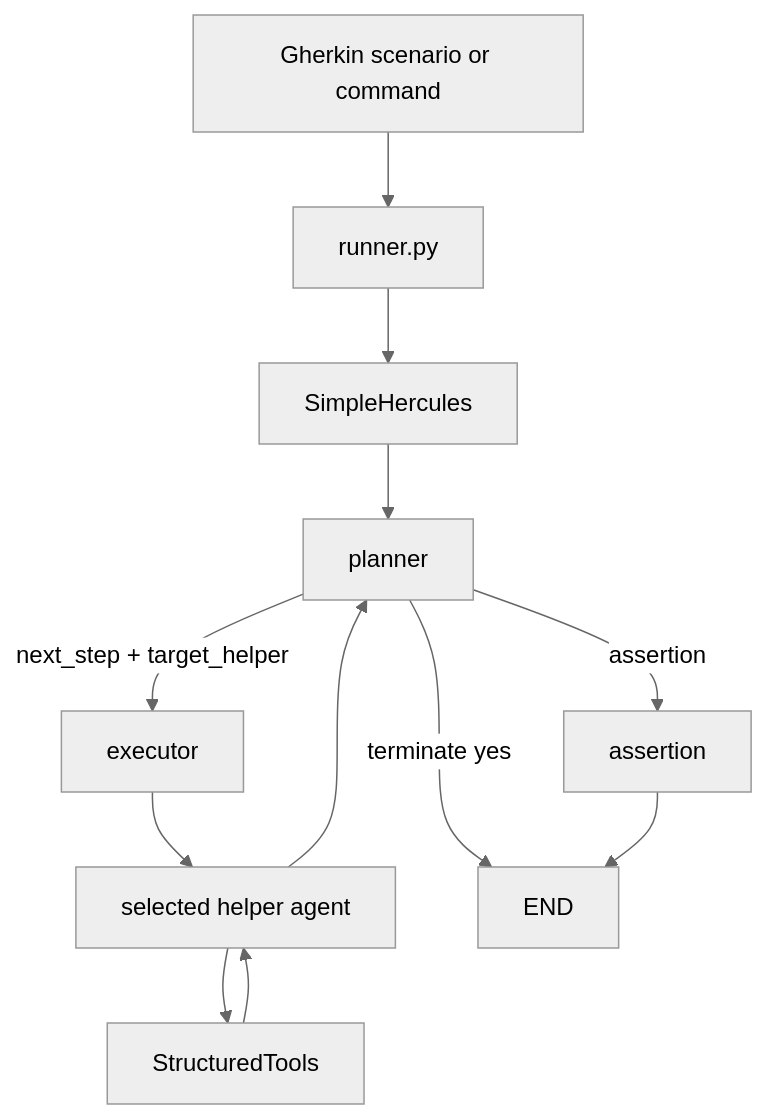
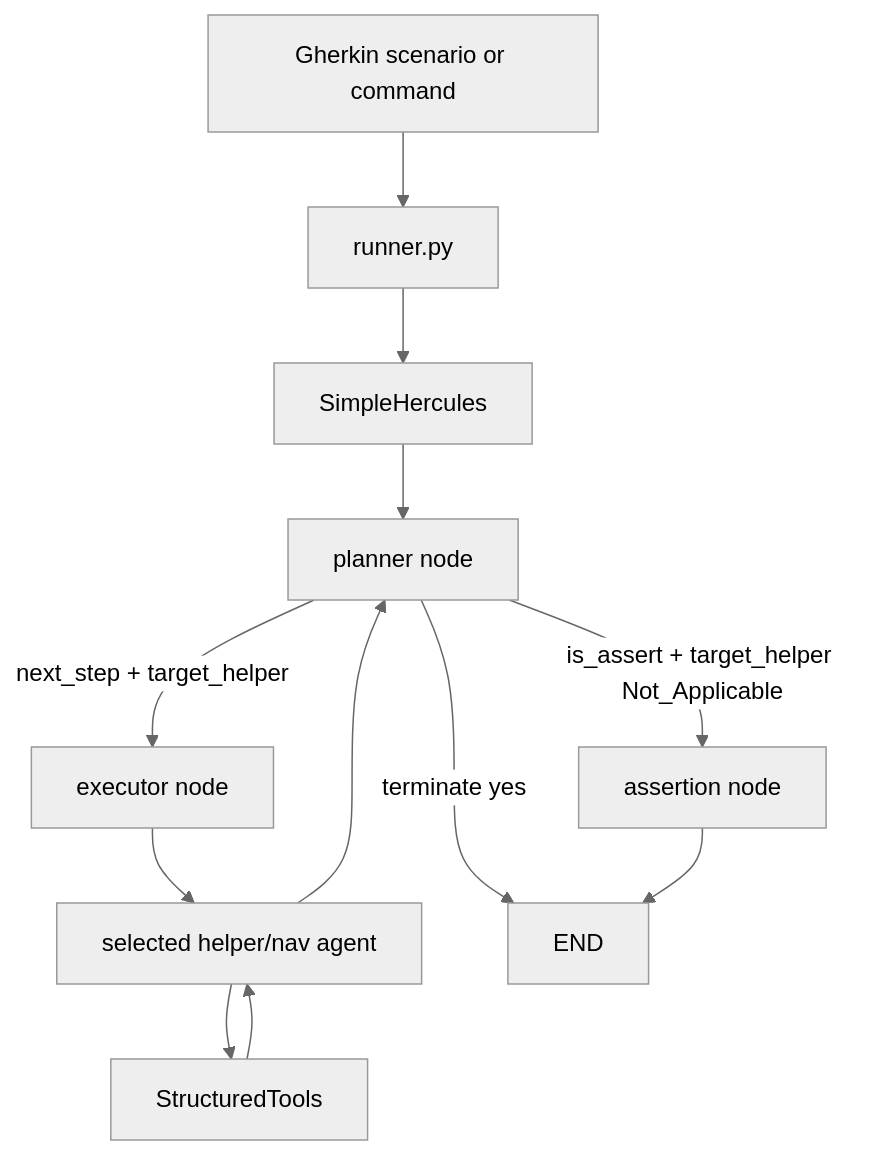
One commit to test-zeus-ai/testzeus-hercules changed the first of 2 diagrams in docs/Migration/ARCHITECTURE.md. Above: the diagram before and after it, drawn with Mermaid (neutral theme). The commit also changed other lines of this file and 4 other files, not shown here.

````diff
--- a/docs/Migration/ARCHITECTURE.md
+++ b/docs/Migration/ARCHITECTURE.md
@@ -17,14 +17,14 @@
 ```mermaid
 flowchart TD
     feature["Gherkin scenario or command"] --> runner["runner.py"]
     runner --> hercules["SimpleHercules"]
-    hercules --> planner["planner"]
-    planner -->|"next_step + target_helper"| executor["executor"]
-    executor --> helper["selected helper agent"]
+    hercules --> planner["planner node"]
+    planner -->|"next_step + target_helper"| executor["executor node"]
+    executor --> helper["selected helper/nav agent"]
     helper --> tools["StructuredTools"]
     tools --> helper
     helper --> planner
-    planner -->|"assertion"| assertion["assertion"]
+    planner -->|"is_assert + target_helper Not_Applicable"| assertion["assertion node"]
     planner -->|"terminate yes"| done["END"]
     assertion --> done
 ```
````
